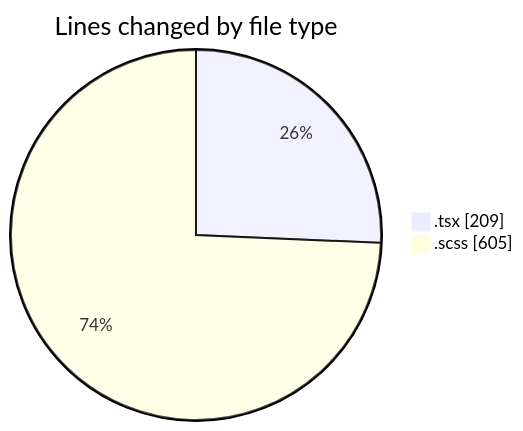
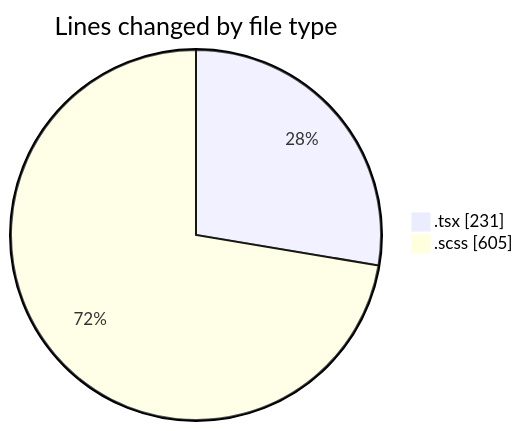
Before and after one commit to momahboobian/code-tracking: the first of 2 diagrams in 2025-03-27/cda/README.md, drawn with Mermaid. The commit also changed other lines of this file and 1 other file, not shown here.

````diff
--- a/2025-03-27/cda/README.md
+++ b/2025-03-27/cda/README.md
@@ -21,6 +21,6 @@
 ```mermaid
 pie showData
 title Lines changed by file type
-".tsx" : 209
+".tsx" : 231
 ".scss" : 605
 ```
````
